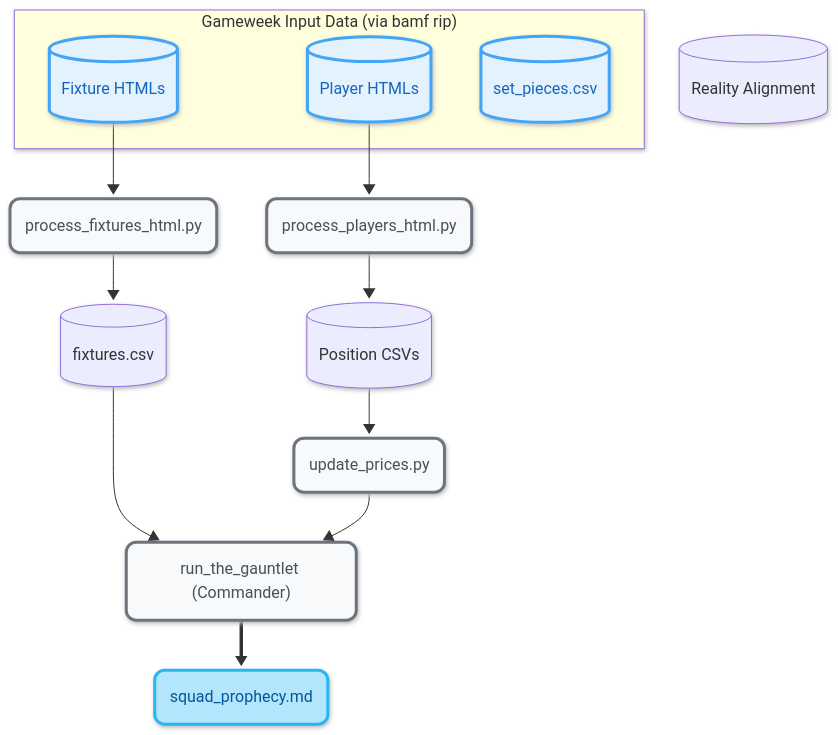
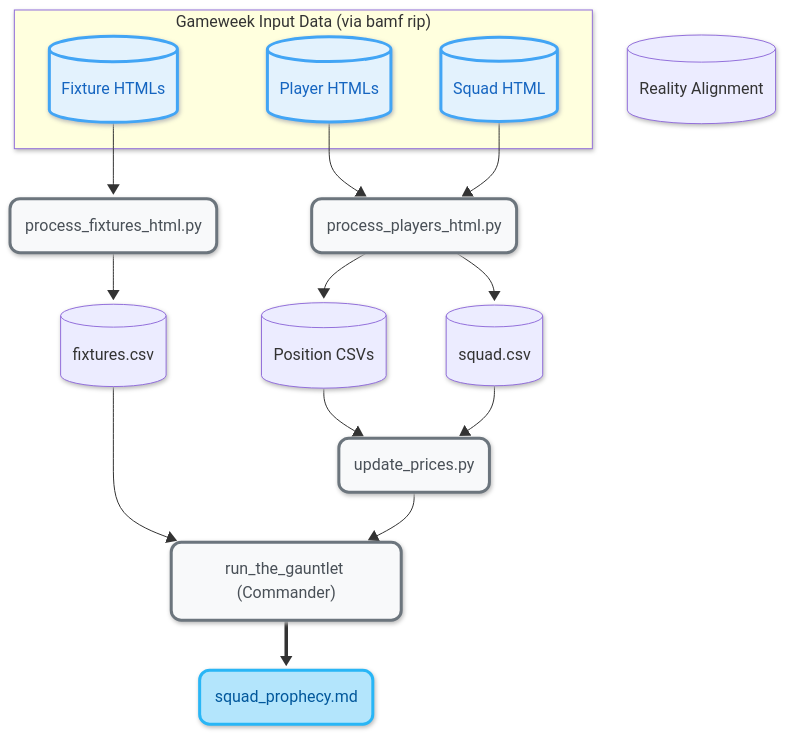
The diagram in README.md (ianchanning/fpl-dominator), drawn with Mermaid before and after one commit. The commit also changed other lines of this file and 10 other files, not shown here.

````diff
--- a/README.md
+++ b/README.md
@@ -72,41 +72,45 @@
 ```mermaid
 ---
 config:
   look: neo
 ---
 graph TD
     subgraph inputs["Gameweek Input Data (via bamf rip)"]
         A1[("Player HTMLs")]
         A2[("Fixture HTMLs")]
-        A3[("set_pieces.csv")]
+        A3[("Squad HTML")]
     end
 
     B1("process_players_html.py")
     C1[("Position CSVs")]
+    C2[("squad.csv")]
 
     B2("process_fixtures_html.py")
-    C2[("fixtures.csv")]
+    C3[("fixtures.csv")]
 
     B3("update_prices.py")
-    C3[("Reality Alignment")]
+    C4[("Reality Alignment")]
 
     B4("run_the_gauntlet (Commander)")
     F1("squad_prophecy.md")
 
     A1 --> B1
+    A3 --> B1
     B1 --> C1
+    B1 --> C2
     A2 --> B2
-    B2 --> C2
+    B2 --> C3
     C1 --> B3
-    C2 --> B4
+    C2 --> B3
+    C3 --> B4
     B3 --> B4
     B4 ==> F1
 
     classDef inputStyle fill:#e3f2fd,stroke:#42a5f5,stroke-width:3px,color:#1565c0,rx:10,ry:10
     classDef processStyle fill:#f8f9fa,stroke:#6c757d,stroke-width:3px,color:#495057,rx:10,ry:10
     classDef outputStyle fill:#b3e5fc,stroke:#29b6f6,stroke-width:3px,color:#01579b,rx:10,ry:10
 
     class A1,A2,A3 inputStyle
     class B1,B2,B3,B4 processStyle
     class F1 outputStyle
 ```
````
